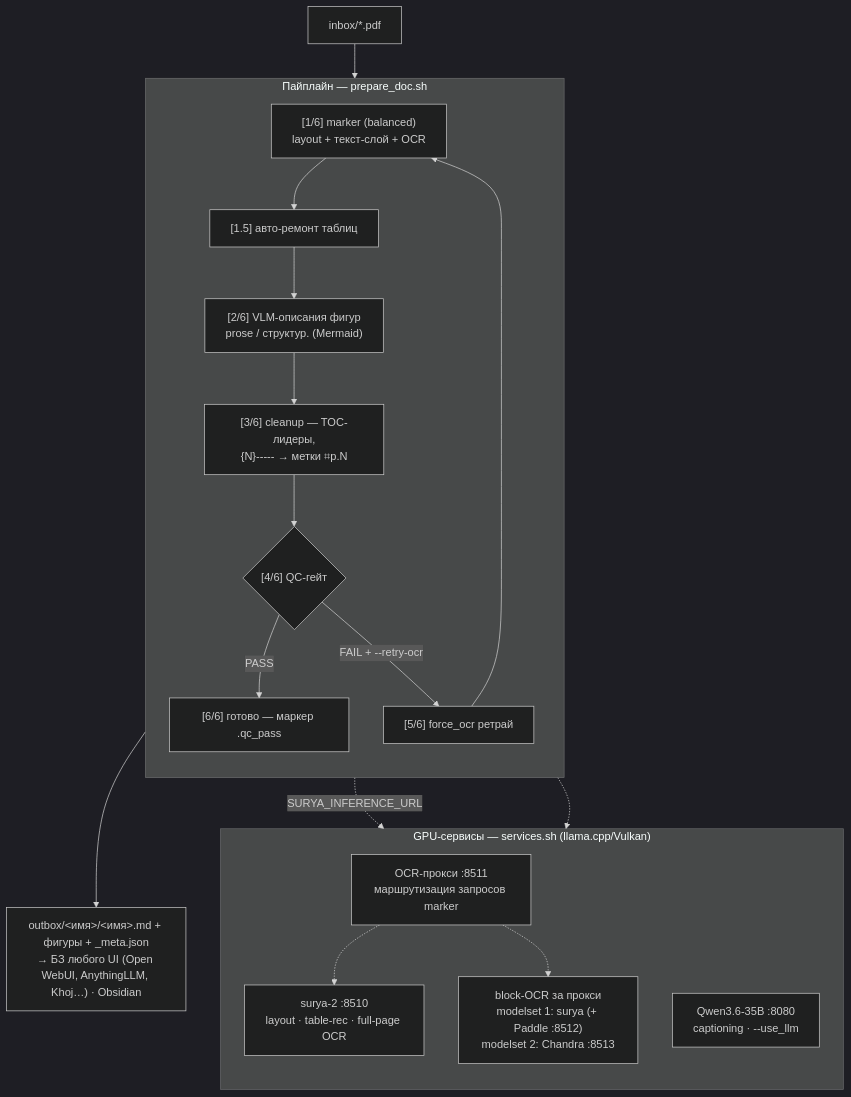
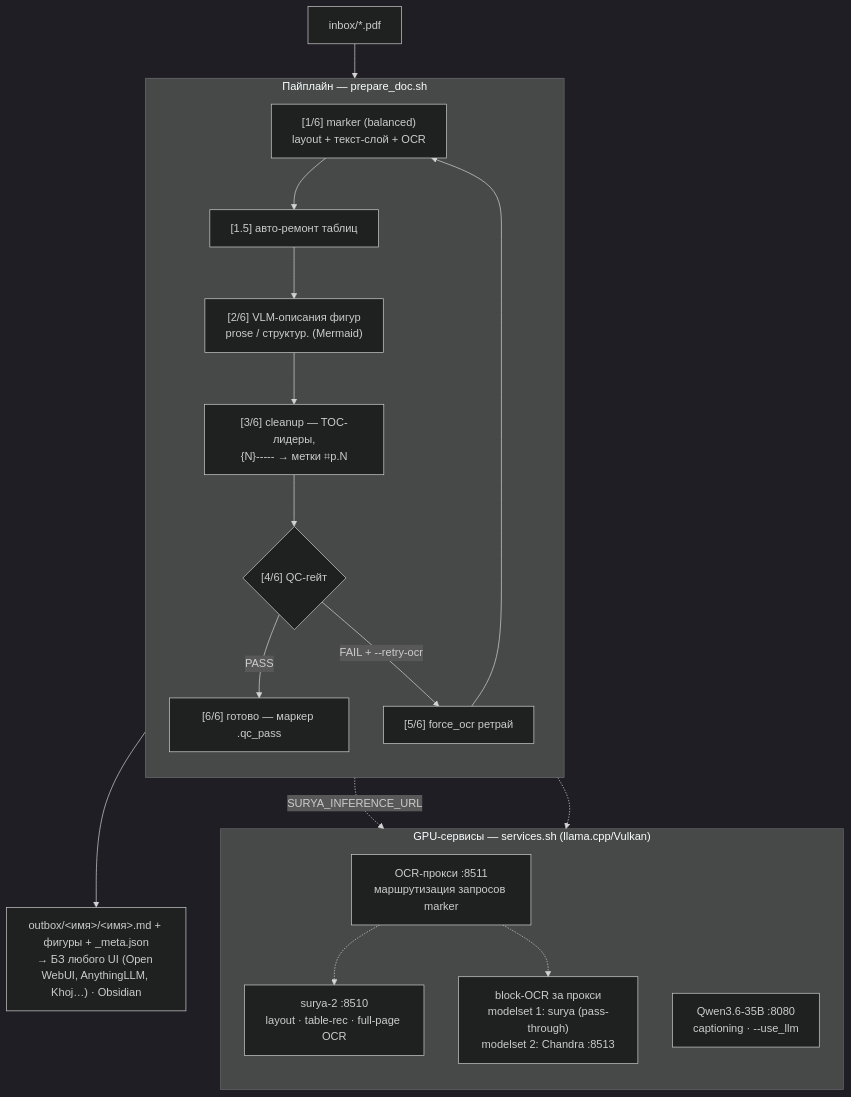
The diagram in README.md (alexanderlazutkin/docpreparation), drawn with Mermaid (dark theme) before and after one commit. The commit also changed other lines of this file and 9 other files, not shown here.

Commit message:
refactor: PaddleOCR-VL удалён из стека — services.sh/ocr_proxy.py (движки surya|chandra, selftest PASS)/ab_block_ocr/.env.example/README/USAGE/SKILL/COMPARISON; история с статус-плашками; modelset 1 = surya+прокси+LLM (~38 ГБ)

````diff
--- a/README.md
+++ b/README.md
@@ -53,29 +53,29 @@
 ```mermaid
 flowchart TD
     PDF["inbox/*.pdf"] --> S1
 
     subgraph pipeline["Пайплайн — prepare_doc.sh"]
         direction TB
         S1["[1/6] marker (balanced)<br/>layout + текст-слой + OCR"] --> S15
         S15["[1.5] авто-ремонт таблиц"] --> S2
         S2["[2/6] VLM-описания фигур<br/>prose / структур. (Mermaid)"] --> S3
         S3["[3/6] cleanup — TOC-лидеры,<br/>{N}----- → метки ⌗p.N"] --> S4
         S4{"[4/6] QC-гейт"} -->|PASS| S6["[6/6] готово — маркер .qc_pass"]
         S4 -->|FAIL + --retry-ocr| S5["[5/6] force_ocr ретрай"] --> S1
     end
 
     subgraph services["GPU-сервисы — services.sh (llama.cpp/Vulkan)"]
         direction TB
         SURYA["surya-2 :8510<br/>layout · table-rec · full-page OCR"]
         PROXY["OCR-прокси :8511<br/>маршрутизация запросов marker"]
-        BLOCK["block-OCR за прокси<br/>modelset 1: surya (+ Paddle :8512)<br/>modelset 2: Chandra :8513"]
+        BLOCK["block-OCR за прокси<br/>modelset 1: surya (pass-through)<br/>modelset 2: Chandra :8513"]
         LLM["Qwen3.6-35B :8080<br/>captioning · --use_llm"]
     end
 
     S1 -. "SURYA_INFERENCE_URL" .-> PROXY
     PROXY -.-> SURYA
     PROXY -.-> BLOCK
     S2 -.-> LLM
 
     S6 --> OUT["outbox/&lt;имя&gt;/&lt;имя&gt;.md + фигуры + _meta.json<br/>→ БЗ любого UI (Open WebUI, AnythingLLM, Khoj…) · Obsidian"]
 ```
````
